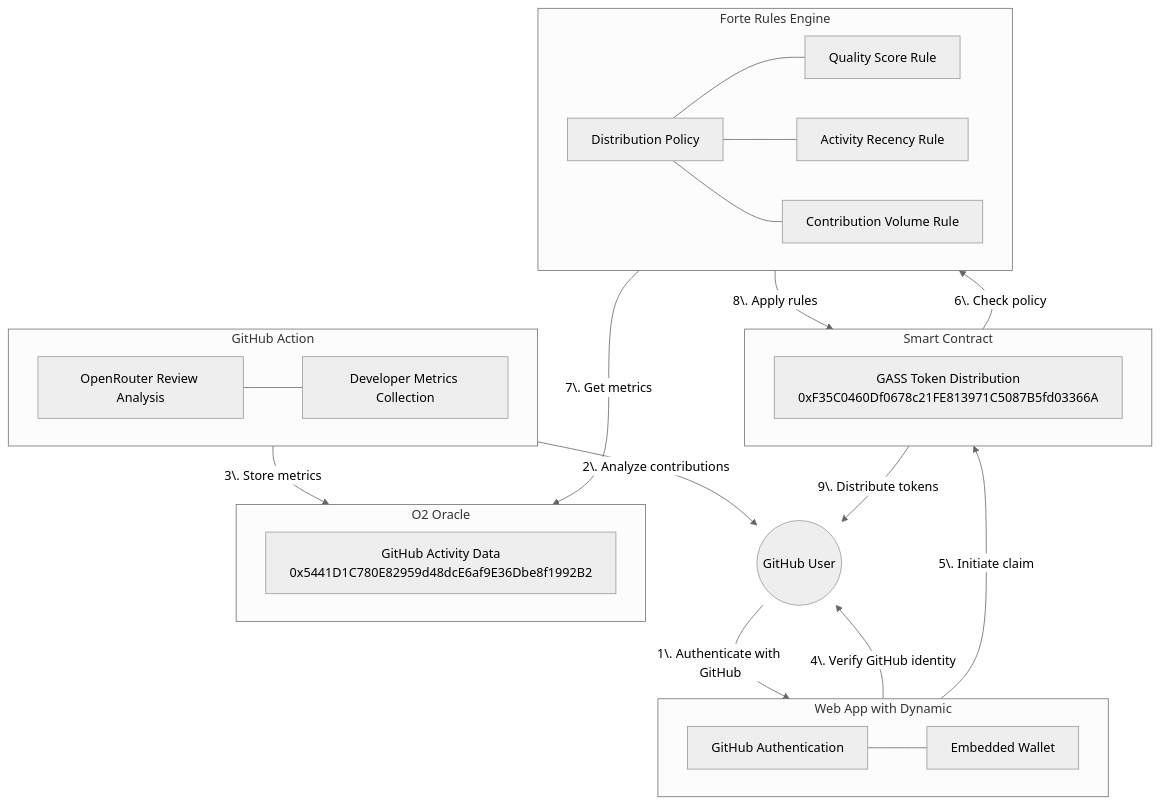
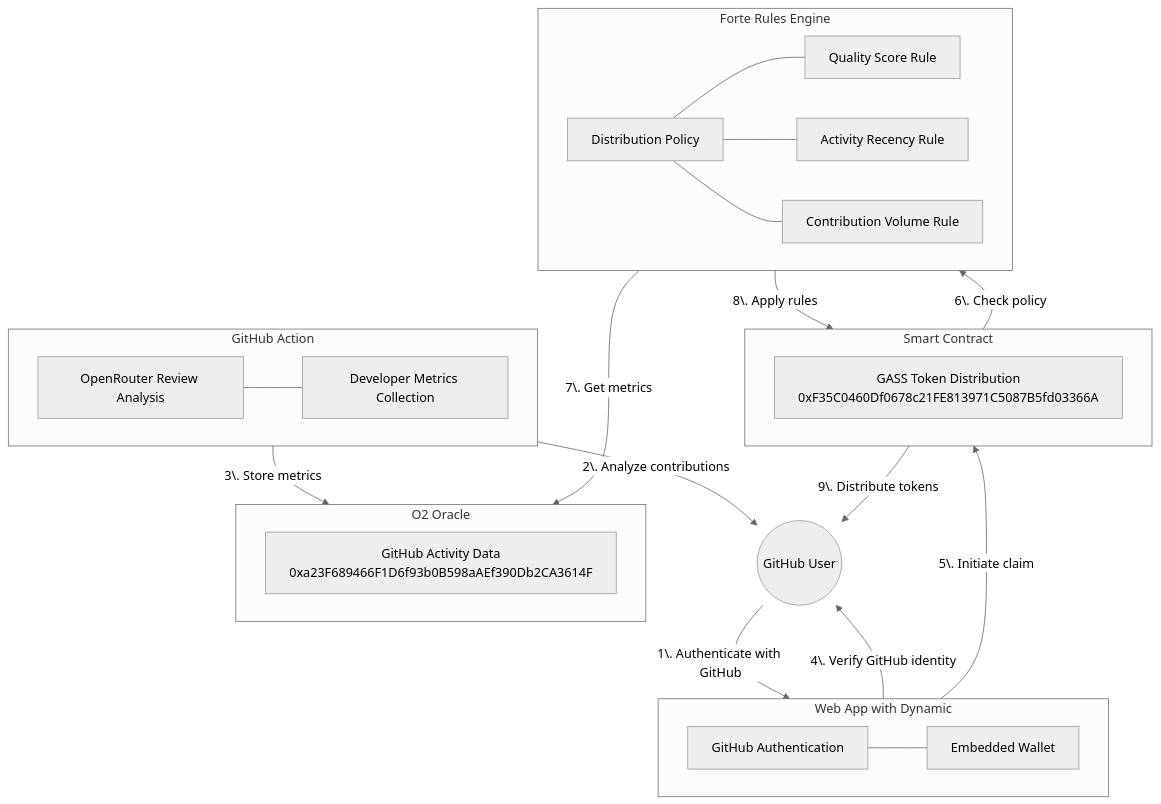
Before and after one commit to benichmt1/gass: the diagram in .github/docs/architecture.md, drawn with Mermaid (neutral theme). The commit also changed other lines of this file and 3 other files, not shown here.

````diff
--- a/.github/docs/architecture.md
+++ b/.github/docs/architecture.md
@@ -13,45 +13,45 @@
 ```mermaid
 flowchart TD
     User((GitHub User))
 
     subgraph WebApp["Web App with Dynamic"]
         DynamicAuth["GitHub Authentication"]
         WalletIntegration["Embedded Wallet"]
     end
 
     subgraph GitHubAction["GitHub Action"]
         OpenRouter["OpenRouter Review Analysis"]
         MetricsCollection["Developer Metrics Collection"]
     end
 
     subgraph GASS["Smart Contract"]
         GASSContract["GASS Token Distribution<br/>0xF35C0460Df0678c21FE813971C5087B5fd03366A"]
     end
 
     subgraph FRE["Forte Rules Engine"]
         Policy["Distribution Policy"]
         Rule1["Quality Score Rule"]
         Rule2["Activity Recency Rule"]
         Rule3["Contribution Volume Rule"]
     end
 
     subgraph Oracle["O2 Oracle"]
-        O2Contract["GitHub Activity Data<br/>0x5441D1C780E82959d48dcE6af9E36Dbe8f1992B2"]
+        O2Contract["GitHub Activity Data<br/>0xa23F689466F1D6f93b0B598aAEf390Db2CA3614F"]
     end
 
     User -->|"1\. Authenticate with GitHub"| WebApp
     GitHubAction -->|"2\. Analyze contributions"| User
     GitHubAction -->|"3\. Store metrics"| Oracle
     WebApp -->|"4\. Verify GitHub identity"| User
     WebApp -->|"5\. Initiate claim"| GASS
     GASS -->|"6\. Check policy"| FRE
     FRE -->|"7\. Get metrics"| Oracle
     FRE -->|"8\. Apply rules"| GASS
     GASS -->|"9\. Distribute tokens"| User
 
     Policy --- Rule1
     Policy --- Rule2
     Policy --- Rule3
     DynamicAuth --- WalletIntegration
     OpenRouter --- MetricsCollection
 ```
````
